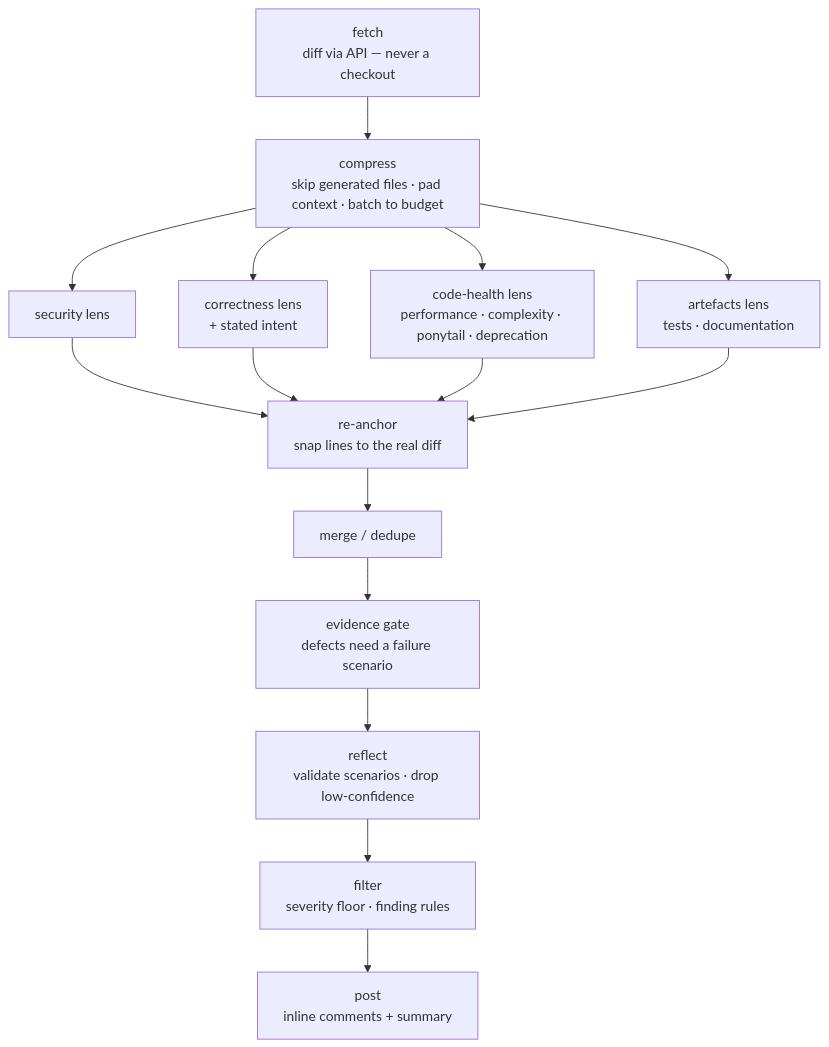
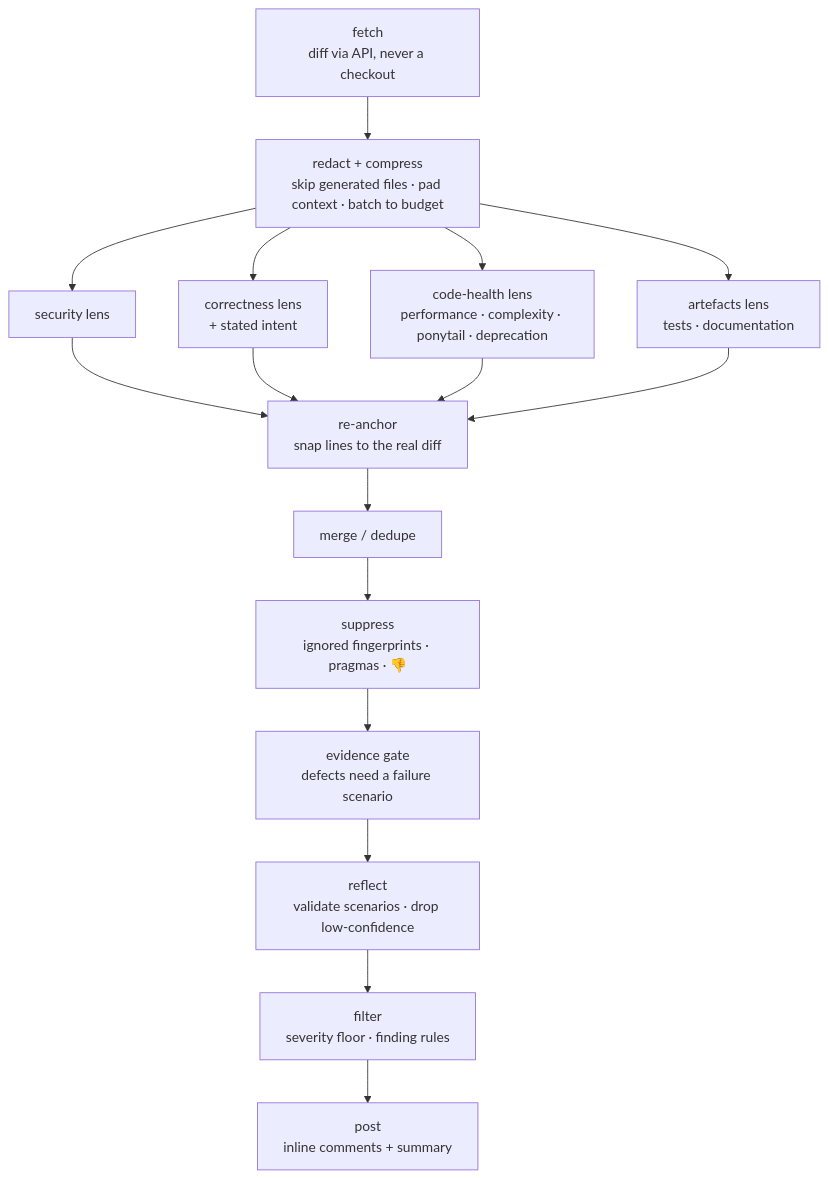
The second of 2 diagrams in docs/explanation/architecture.md (MattJColes/lgtmaybe), drawn with Mermaid before and after one commit. The commit also changed other lines of this file and 6 other files, not shown here.

First line of the commit message:
docs: bring architecture and contributor guides in line with the code

````diff
--- a/docs/explanation/architecture.md
+++ b/docs/explanation/architecture.md
@@ -131,13 +133,13 @@
 ```mermaid
 flowchart TD
-    fetch["fetch<br/>diff via API — never a checkout"] --> compress["compress<br/>skip generated files · pad context · batch to budget"]
+    fetch["fetch<br/>diff via API, never a checkout"] --> compress["redact + compress<br/>skip generated files · pad context · batch to budget"]
     compress --> security["security lens"]
     compress --> correctness["correctness lens<br/>+ stated intent"]
     compress --> codehealth["code-health lens<br/>performance · complexity · ponytail · deprecation"]
     compress --> artefacts["artefacts lens<br/>tests · documentation"]
     security --> anchor["re-anchor<br/>snap lines to the real diff"]
     correctness --> anchor
     codehealth --> anchor
     artefacts --> anchor
-    anchor --> dedupe["merge / dedupe"] --> evidence["evidence gate<br/>defects need a failure scenario"] --> reflect["reflect<br/>validate scenarios · drop low-confidence"] --> filter["filter<br/>severity floor · finding rules"] --> post["post<br/>inline comments + summary"]
+    anchor --> dedupe["merge / dedupe"] --> suppress["suppress<br/>ignored fingerprints · pragmas · 👎"] --> evidence["evidence gate<br/>defects need a failure scenario"] --> reflect["reflect<br/>validate scenarios · drop low-confidence"] --> filter["filter<br/>severity floor · finding rules"] --> post["post<br/>inline comments + summary"]
 ```
````
